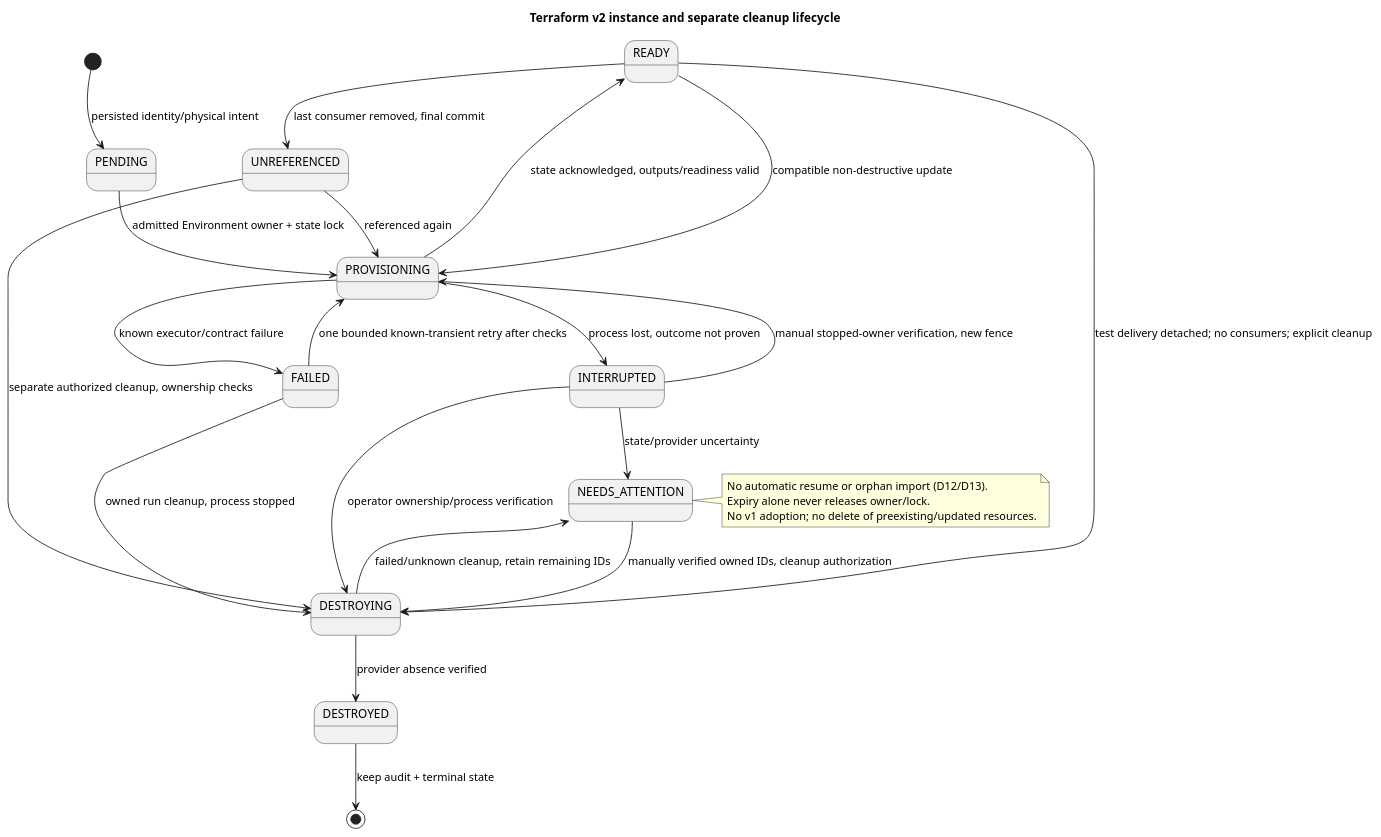
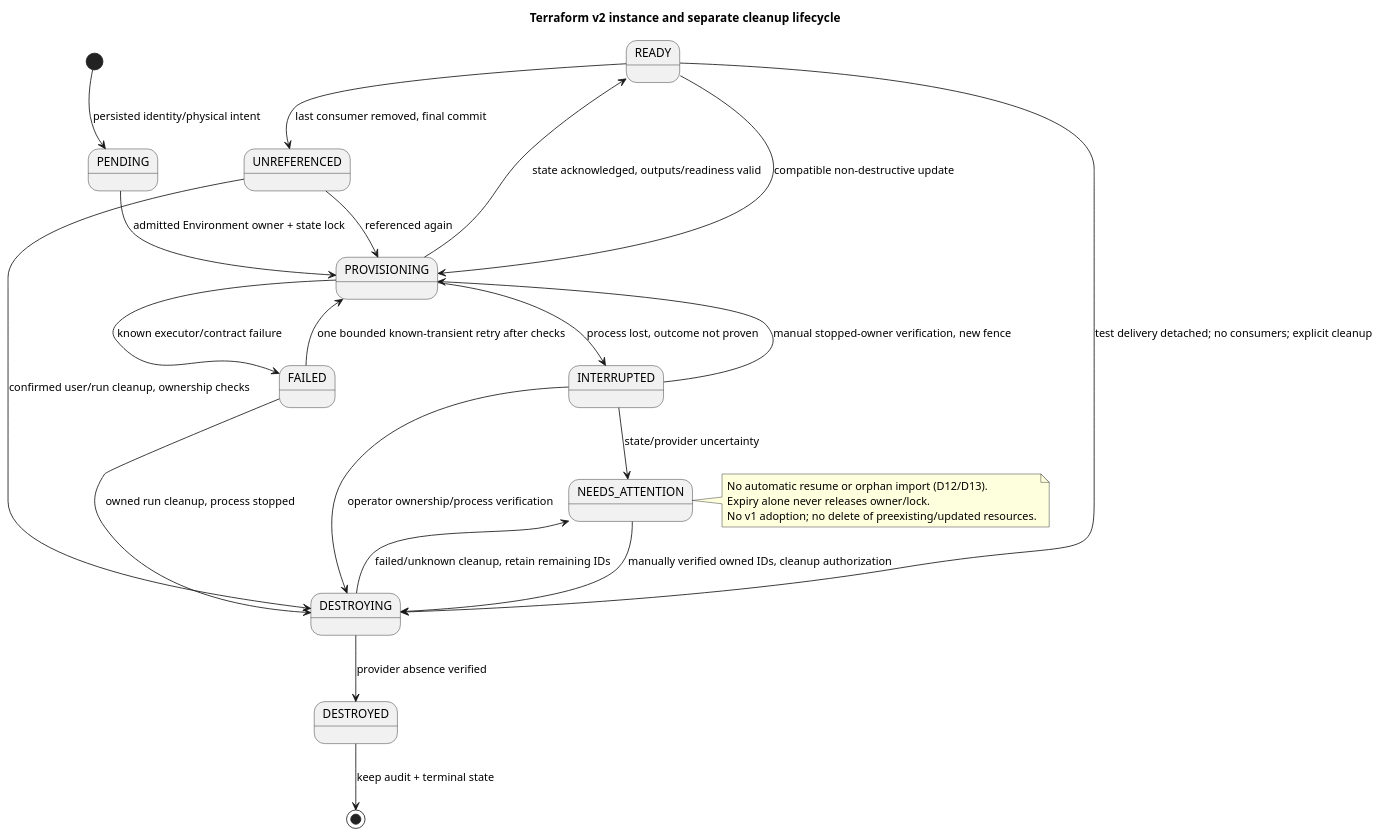
The diagram in orchestrator_docs/architecture/state-machines/terraform-instance.puml (pr3s3nt/poc), drawn with PlantUML before and after one commit. The commit also changed 124 other files, not shown here.

```diff
--- a/orchestrator_docs/architecture/state-machines/terraform-instance.puml
+++ b/orchestrator_docs/architecture/state-machines/terraform-instance.puml
@@ -1,27 +1,27 @@
 @startuml
 title Terraform v2 instance and separate cleanup lifecycle
 [*] --> PENDING : persisted identity/physical intent
 PENDING --> PROVISIONING : admitted Environment owner + state lock
 PROVISIONING --> READY : state acknowledged, outputs/readiness valid
 PROVISIONING --> FAILED : known executor/contract failure
 FAILED --> PROVISIONING : one bounded known-transient retry after checks
 PROVISIONING --> INTERRUPTED : process lost, outcome not proven
 INTERRUPTED --> NEEDS_ATTENTION : state/provider uncertainty
 INTERRUPTED --> PROVISIONING : manual stopped-owner verification, new fence
 READY --> PROVISIONING : compatible non-destructive update
 READY --> UNREFERENCED : last consumer removed, final commit
 UNREFERENCED --> PROVISIONING : referenced again
-UNREFERENCED --> DESTROYING : separate authorized cleanup, ownership checks
+UNREFERENCED --> DESTROYING : confirmed user/run cleanup, ownership checks
 FAILED --> DESTROYING : owned run cleanup, process stopped
 INTERRUPTED --> DESTROYING : operator ownership/process verification
 NEEDS_ATTENTION --> DESTROYING : manually verified owned IDs, cleanup authorization
 READY --> DESTROYING : test delivery detached; no consumers; explicit cleanup
 DESTROYING --> DESTROYED : provider absence verified
 DESTROYING --> NEEDS_ATTENTION : failed/unknown cleanup, retain remaining IDs
 DESTROYED --> [*] : keep audit + terminal state
 note right of NEEDS_ATTENTION
 No automatic resume or orphan import (D12/D13).
 Expiry alone never releases owner/lock.
 No v1 adoption; no delete of preexisting/updated resources.
 end note
 @enduml
```
